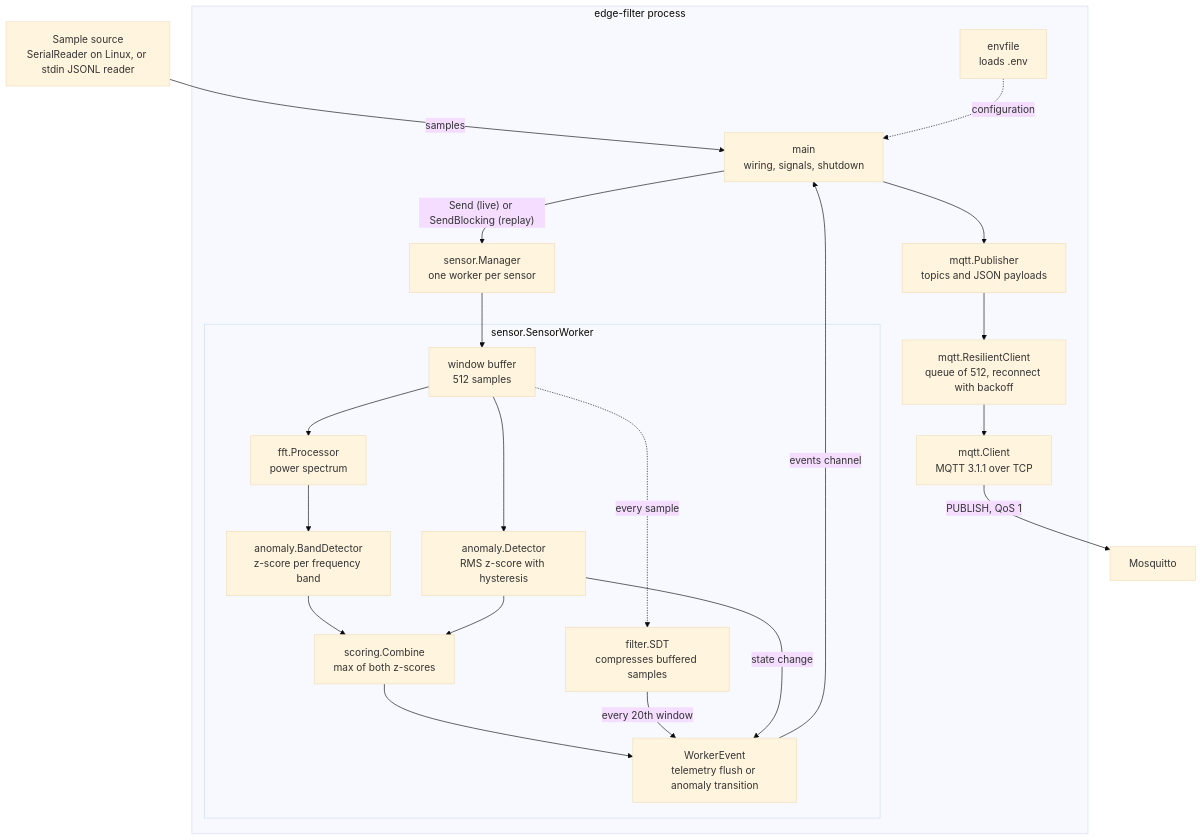
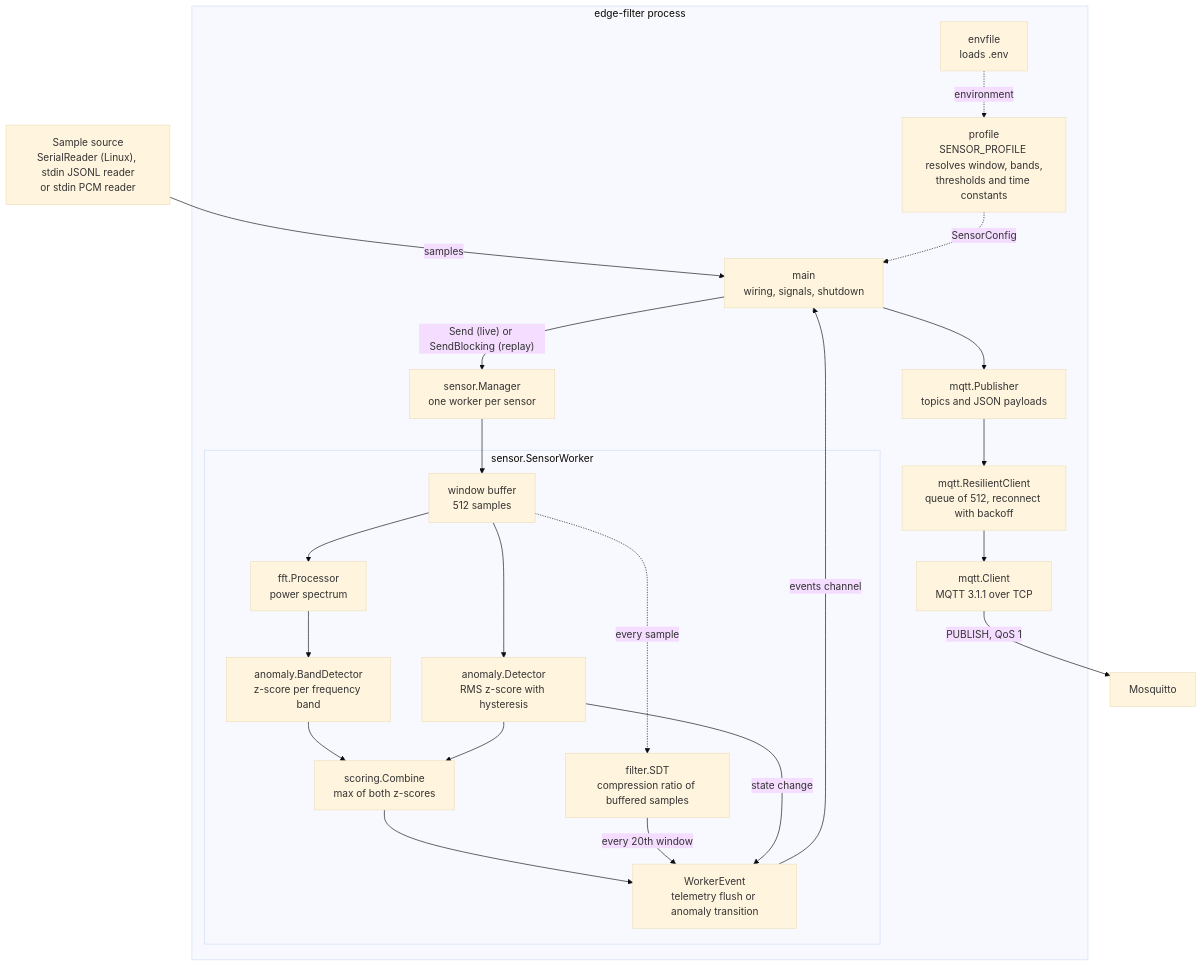
Before and after one commit to casablanque-code/avenge: the third of 8 diagrams in docs/ARCHITECTURE.md, drawn with Mermaid (base theme). The commit also changed other lines of this file and 19 other files, not shown here.

````diff
--- a/docs/ARCHITECTURE.md
+++ b/docs/ARCHITECTURE.md
@@ -64,44 +64,46 @@
 ```mermaid
 flowchart TB
-    src["Sample source<br/>SerialReader on Linux, or stdin JSONL reader"]
+    src["Sample source<br/>SerialReader (Linux), stdin JSONL reader<br/>or stdin PCM reader"]
     broker["Mosquitto"]
 
     subgraph proc["edge-filter process"]
         envf["envfile<br/>loads .env"]
+        prof["profile<br/>SENSOR_PROFILE resolves window, bands,<br/>thresholds and time constants"]
         main["main<br/>wiring, signals, shutdown"]
         mgr["sensor.Manager<br/>one worker per sensor"]
 
         subgraph worker["sensor.SensorWorker"]
             ring["window buffer<br/>512 samples"]
             fftp["fft.Processor<br/>power spectrum"]
             band["anomaly.BandDetector<br/>z-score per frequency band"]
             rms["anomaly.Detector<br/>RMS z-score with hysteresis"]
             score["scoring.Combine<br/>max of both z-scores"]
-            sdt["filter.SDT<br/>compresses buffered samples"]
+            sdt["filter.SDT<br/>compression ratio of buffered samples"]
             out["WorkerEvent<br/>telemetry flush or anomaly transition"]
         end
 
         pub["mqtt.Publisher<br/>topics and JSON payloads"]
         rc["mqtt.ResilientClient<br/>queue of 512, reconnect with backoff"]
         cl["mqtt.Client<br/>MQTT 3.1.1 over TCP"]
     end
 
     src -->|"samples"| main
-    envf -.->|"configuration"| main
+    envf -.->|"environment"| prof
+    prof -.->|"SensorConfig"| main
     main -->|"Send (live) or SendBlocking (replay)"| mgr
     mgr --> ring
     ring --> fftp
     fftp --> band
     ring --> rms
     band --> score
     rms --> score
     ring -.->|"every sample"| sdt
     score --> out
     sdt -->|"every 20th window"| out
     rms -->|"state change"| out
     out -->|"events channel"| main
     main --> pub
     pub --> rc
     rc --> cl
     cl -->|"PUBLISH, QoS 1"| broker
 ```
````
